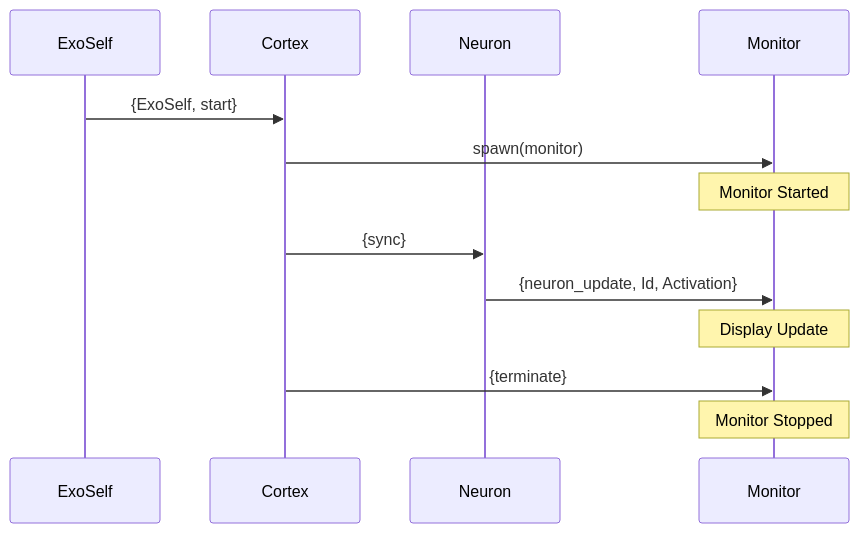
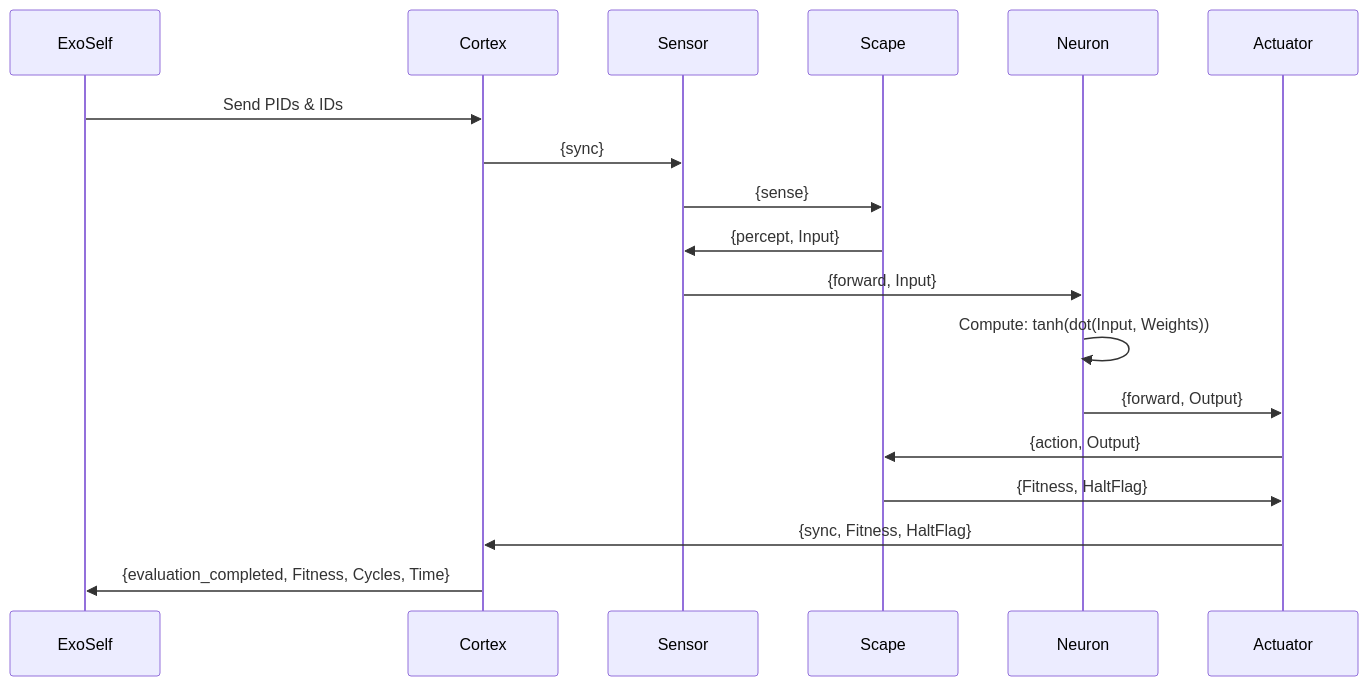
Before and after one commit to Maartz/NN: the second of 2 diagrams in README.md, drawn with Mermaid. The commit also changed other lines of this file, not shown here.

````diff
--- a/README.md
+++ b/README.md
@@ -34,16 +49,21 @@
 ```mermaid
 sequenceDiagram
     participant E as ExoSelf
     participant C as Cortex
+    participant S as Sensor
+    participant SC as Scape
     participant N as Neuron
-    participant M as Monitor
+    participant A as Actuator
 
-    E->>C: {ExoSelf, start}
-    C->>M: spawn(monitor)
-    Note over M: Monitor Started
-    C->>N: {sync}
-    N->>M: {neuron_update, Id, Activation}
-    Note over M: Display Update
-    C->>M: {terminate}
-    Note over M: Monitor Stopped
+    E->>C: Send PIDs & IDs
+    C->>S: {sync}
+    S->>SC: {sense}
+    SC->>S: {percept, Input}
+    S->>N: {forward, Input}
+    N->>N: Compute: tanh(dot(Input, Weights))
+    N->>A: {forward, Output}
+    A->>SC: {action, Output}
+    SC->>A: {Fitness, HaltFlag}
+    A->>C: {sync, Fitness, HaltFlag}
+    C->>E: {evaluation_completed, Fitness, Cycles, Time}
 ```
````
